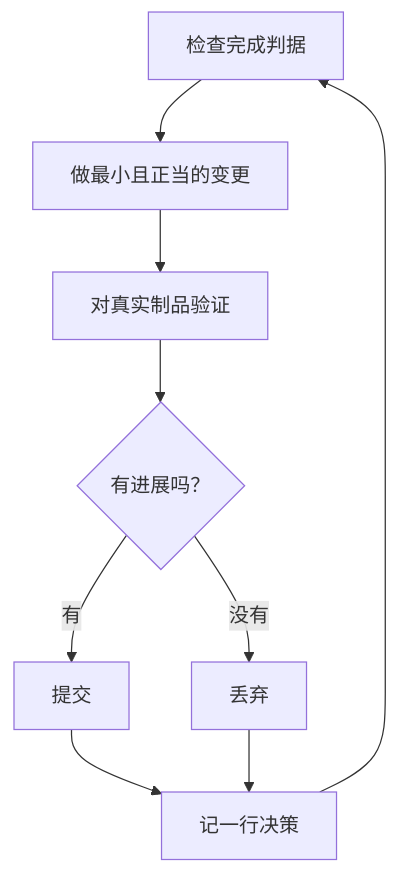
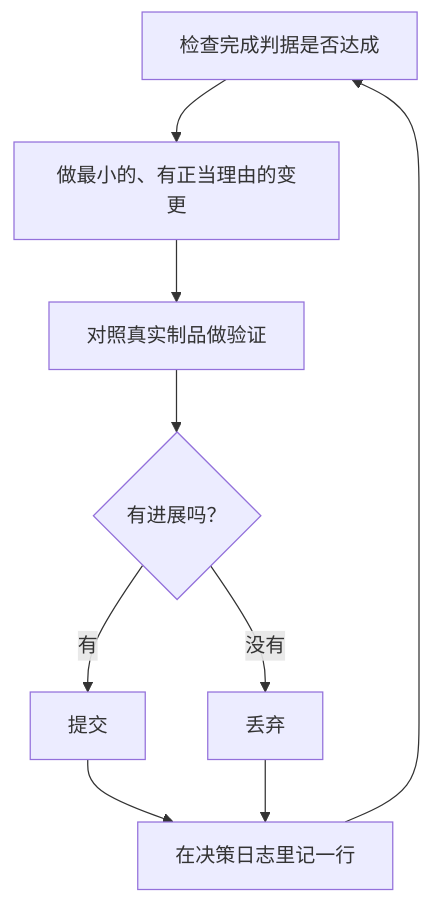
Before and after one commit to SenZh/pstack-guide-cn: the diagram in zh/docs/guide-3.md, drawn with Mermaid. The commit also changed other lines of this file and 1 other file, not shown here.

````diff
--- a/zh/docs/guide-3.md
+++ b/zh/docs/guide-3.md
@@ -50,11 +50,11 @@
 ```mermaid
 flowchart TD
-    A[检查完成判据] --> B[做最小且正当的变更]
-    B --> C[对真实制品验证]
+    A[检查完成判据是否达成] --> B[做最小的、有正当理由的变更]
+    B --> C[对照真实制品做验证]
     C --> D{有进展吗？}
     D -->|有| E[提交]
     D -->|没有| F[丢弃]
-    E --> G[记一行决策]
+    E --> G[在决策日志里记一行]
     F --> G
     G --> A
 ```
````
